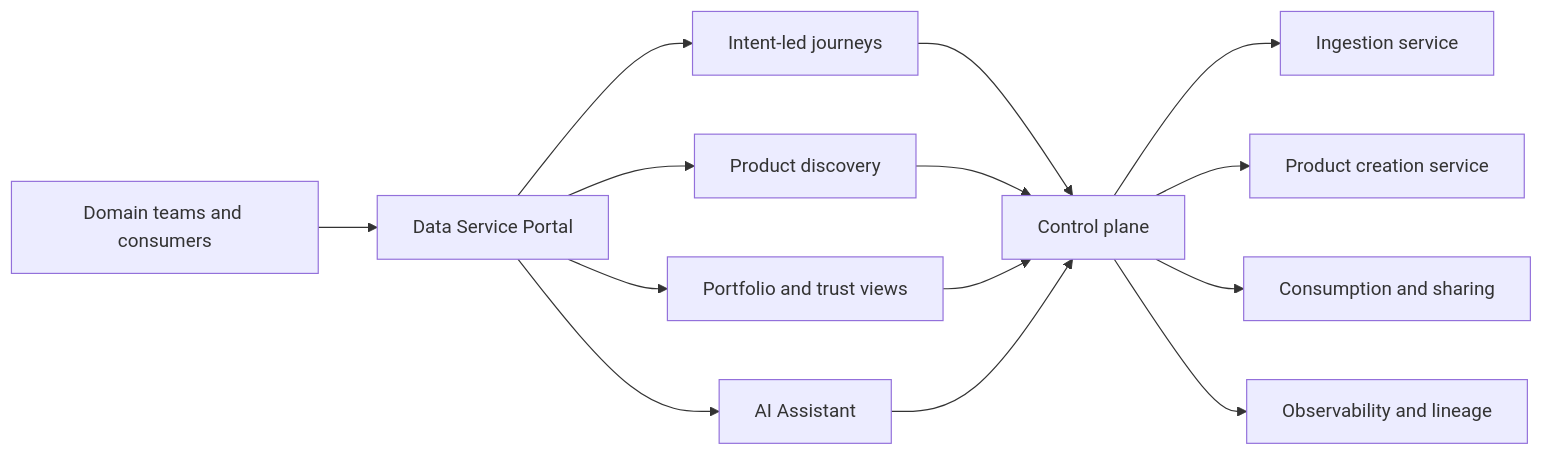
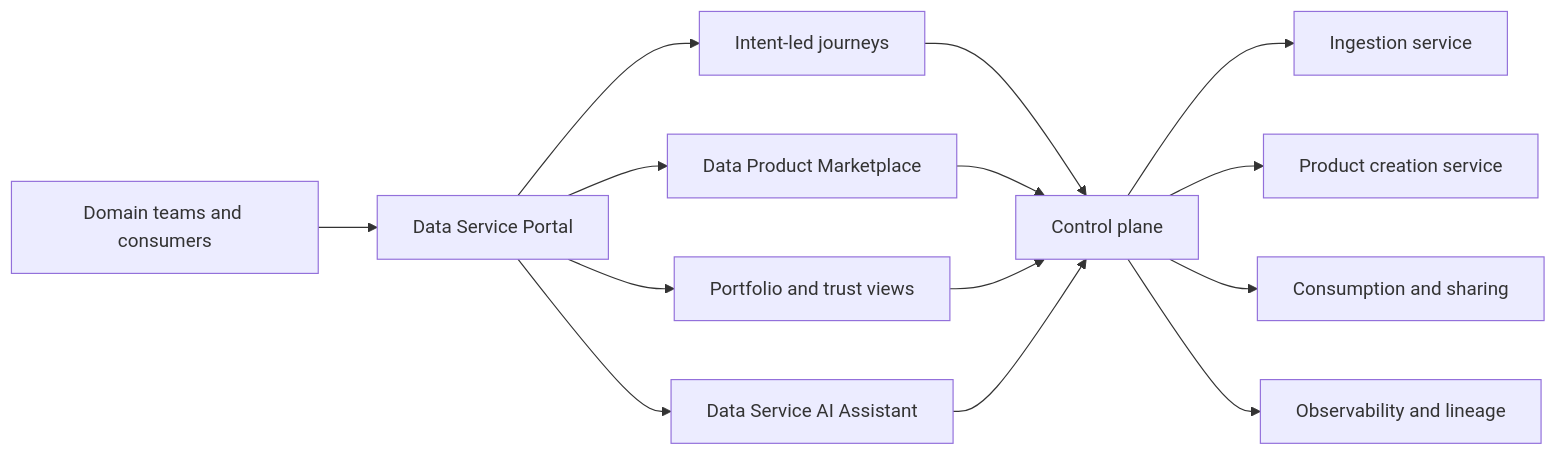
One commit to cong78/data-foundation-architecture changed the first of 4 diagrams in docs/architecture/data-service-portal-model.md. Above: the diagram before and after it, drawn with Mermaid. The commit also changed other lines of this file and 3 other files, not shown here.

Commit message:
Add marketplace capability to data service portal

````diff
--- a/docs/architecture/data-service-portal-model.md
+++ b/docs/architecture/data-service-portal-model.md
@@ -9,19 +11,19 @@
 ```mermaid
 flowchart LR
     U[Domain teams and consumers] --> M[Data Service Portal]
 
     M --> J[Intent-led journeys]
-    M --> D[Product discovery]
+    M --> D[Data Product Marketplace]
     M --> P[Portfolio and trust views]
-    M --> A[AI Assistant]
+    M --> A[Data Service AI Assistant]
 
     J --> C[Control plane]
     D --> C
     P --> C
     A --> C
 
     C --> I[Ingestion service]
     C --> B[Product creation service]
     C --> X[Consumption and sharing]
     C --> O[Observability and lineage]
 ```
````
